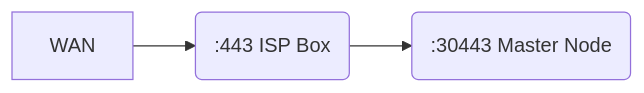
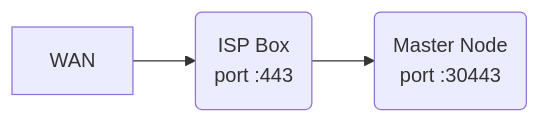
Before and after one commit to BriceMichalski/mbcaas: the diagram in README.md, drawn with Mermaid. The commit also changed other lines of this file, not shown here.

Commit message:
cariage return

````diff
--- a/README.md
+++ b/README.md
@@ -67,5 +67,5 @@
 ```mermaid
 flowchart LR
-    WAN --> BOX(:443 ISP Box);
-    BOX(:443 ISP Box) --> MNODE(:30443 Master Node);
+    WAN --> BOX(ISP Box <br> port :443);
+    BOX(ISP Box <br> port :443) --> MNODE(Master Node <br> port :30443);
 ```
````
